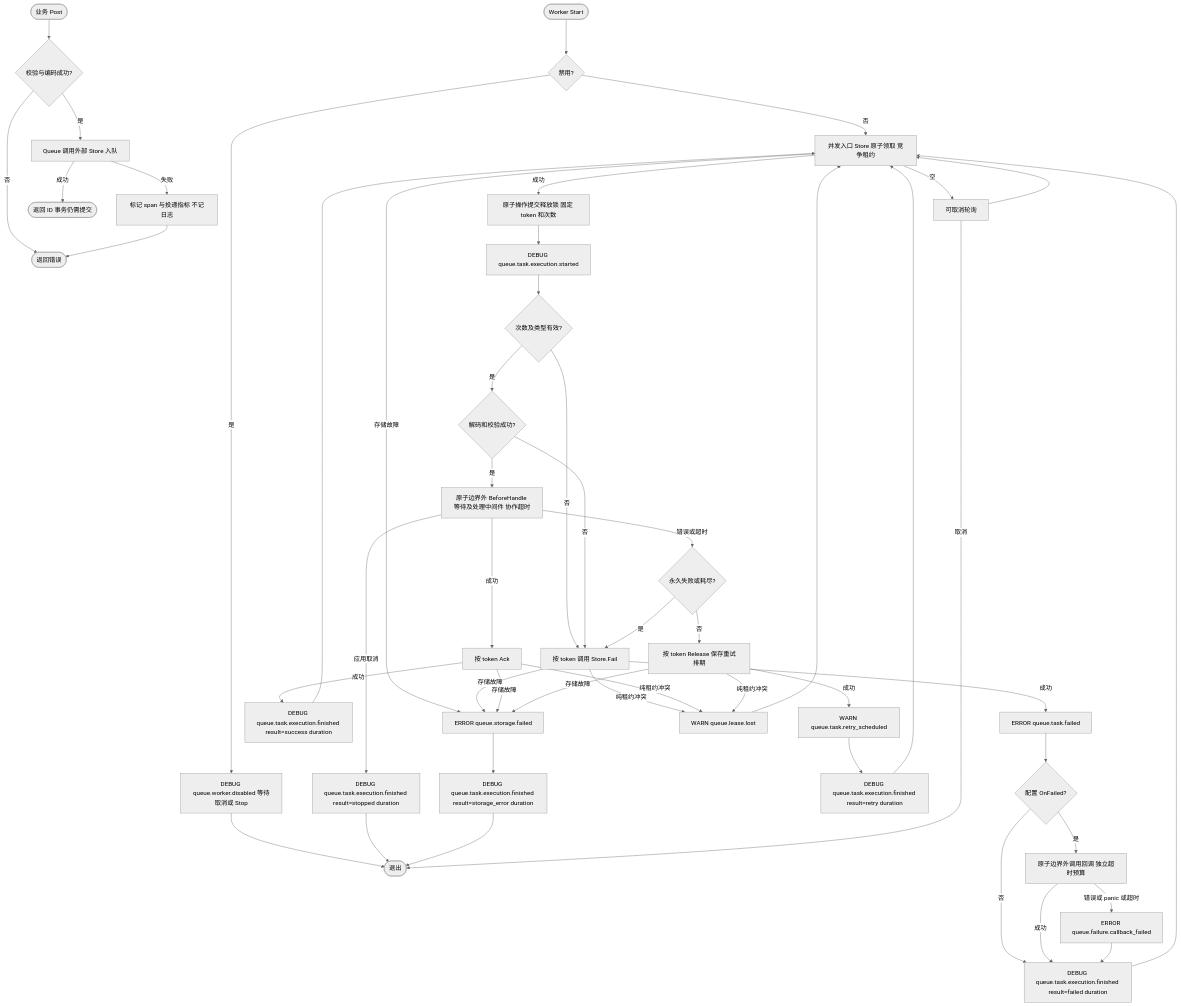
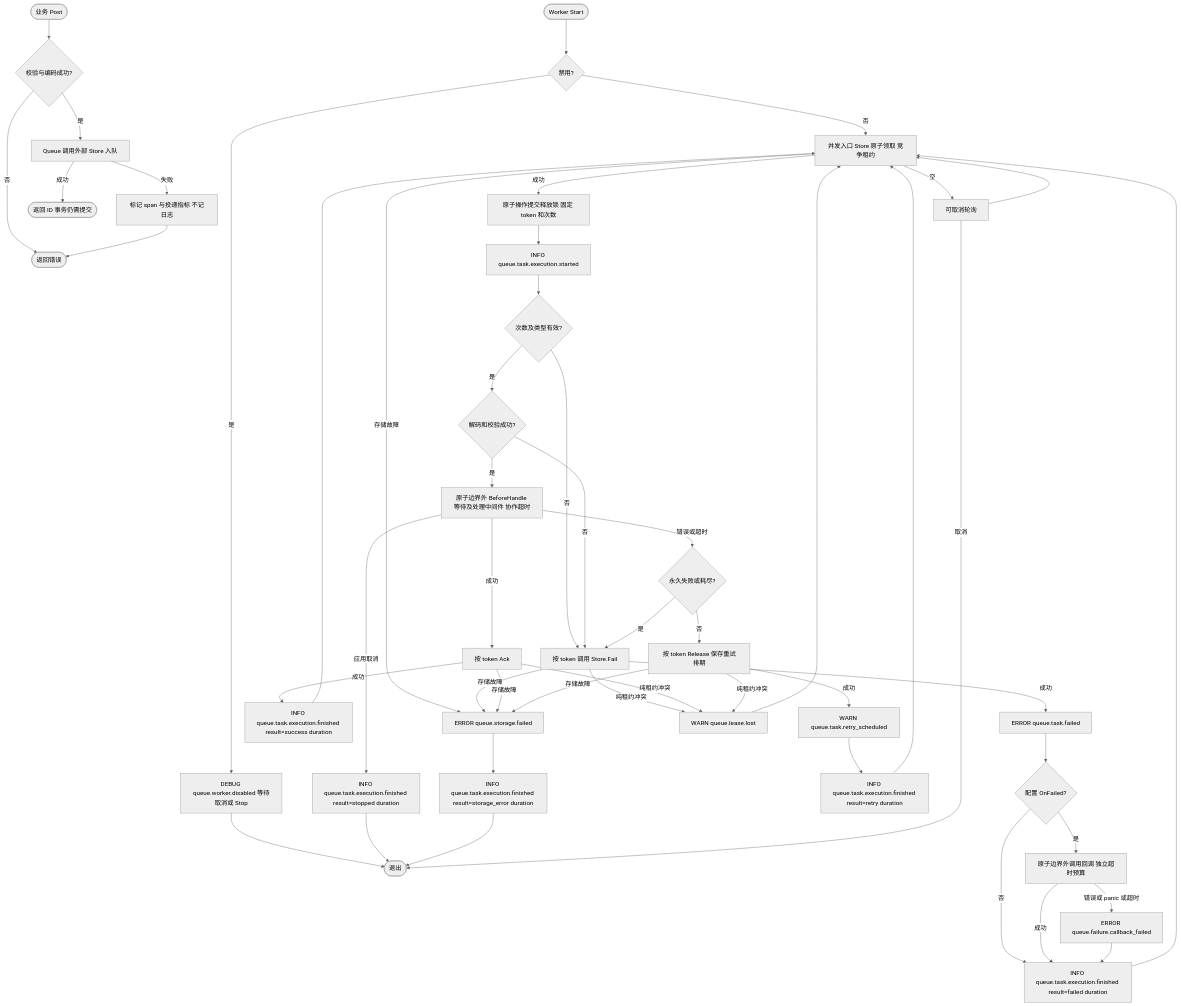
Before and after one commit to jaggerzhuang1994/kratos-foundation: the fourth of 4 diagrams in pkg/queue/typed.md, drawn with Mermaid (neutral theme). The commit also changed 24 other files, not shown here.

````diff
--- a/pkg/queue/typed.md
+++ b/pkg/queue/typed.md
@@ -182,45 +182,45 @@
 ```mermaid
 flowchart TD
     A([业务 Post]) --> B{校验与编码成功?}
     B -- 否 --> Z([返回错误])
     B -- 是 --> C[Queue 调用外部 Store 入队]
     C -- 失败 --> D[标记 span 与投递指标 不记日志]
     D --> Z
     C -- 成功 --> E([返回 ID 事务仍需提交])
     F([Worker Start]) --> G{禁用?}
     G -- 是 --> H[DEBUG queue.worker.disabled 等待取消或 Stop]
     H --> END([退出])
     G -- 否 --> I[并发入口 Store 原子领取 竞争租约]
     I -- 空 --> W[可取消轮询]
     W --> I
     I -- 成功 --> J[原子操作提交释放锁 固定 token 和次数]
-    J --> JS[DEBUG queue.task.execution.started]
+    J --> JS[INFO queue.task.execution.started]
     JS --> K{次数及类型有效?}
     K -- 否 --> FAIL[按 token 调用 Store.Fail]
     K -- 是 --> L{解码和校验成功?}
     L -- 否 --> FAIL
     L -- 是 --> M[原子边界外 BeforeHandle 等待及处理中间件 协作超时]
-    M -- 应用取消 --> STOP[DEBUG queue.task.execution.finished result=stopped duration]
+    M -- 应用取消 --> STOP[INFO queue.task.execution.finished result=stopped duration]
     STOP --> END
     M -- 成功 --> ACK[按 token Ack]
     M -- 错误或超时 --> N{永久失败或耗尽?}
     N -- 是 --> FAIL
     N -- 否 --> R[按 token Release 保存重试排期]
     R -- 成功 --> RL[WARN queue.task.retry_scheduled]
-    ACK -- 成功 --> AL[DEBUG queue.task.execution.finished result=success duration]
+    ACK -- 成功 --> AL[INFO queue.task.execution.finished result=success duration]
     FAIL -- 成功 --> FL[ERROR queue.task.failed]
     FL --> CB{配置 OnFailed?}
-    CB -- 否 --> FF[DEBUG queue.task.execution.finished result=failed duration]
+    CB -- 否 --> FF[INFO queue.task.execution.finished result=failed duration]
     CB -- 是 --> CALL[原子边界外调用回调 独立超时预算]
     CALL -- 成功 --> FF
     CALL -- 错误或 panic 或超时 --> CL[ERROR queue.failure.callback_failed]
     CL --> FF
-    RL --> RF[DEBUG queue.task.execution.finished result=retry duration]
+    RL --> RF[INFO queue.task.execution.finished result=retry duration]
     RF & FF & AL --> I
     I & FAIL & ACK & R -- 存储故障 --> SL[ERROR queue.storage.failed]
-    SL --> SF[DEBUG queue.task.execution.finished result=storage_error duration]
+    SL --> SF[INFO queue.task.execution.finished result=storage_error duration]
     SF --> END
     FAIL & ACK & R -- 纯租约冲突 --> LL[WARN queue.lease.lost]
     LL --> I
     W -- 取消 --> END
 ```
````
